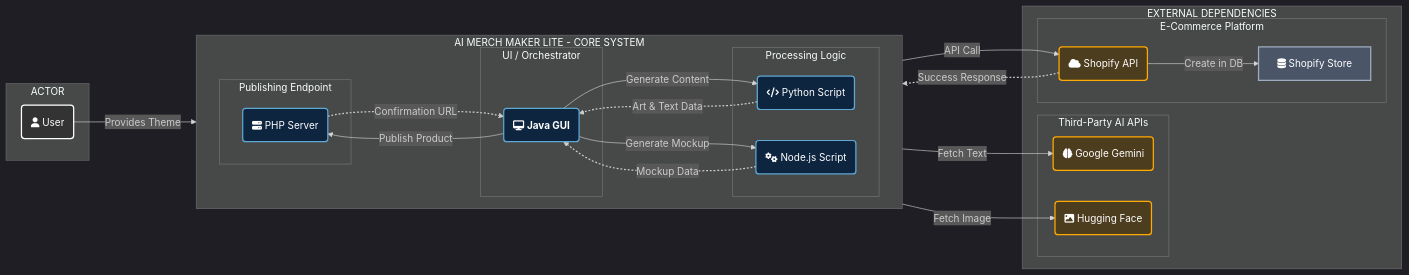
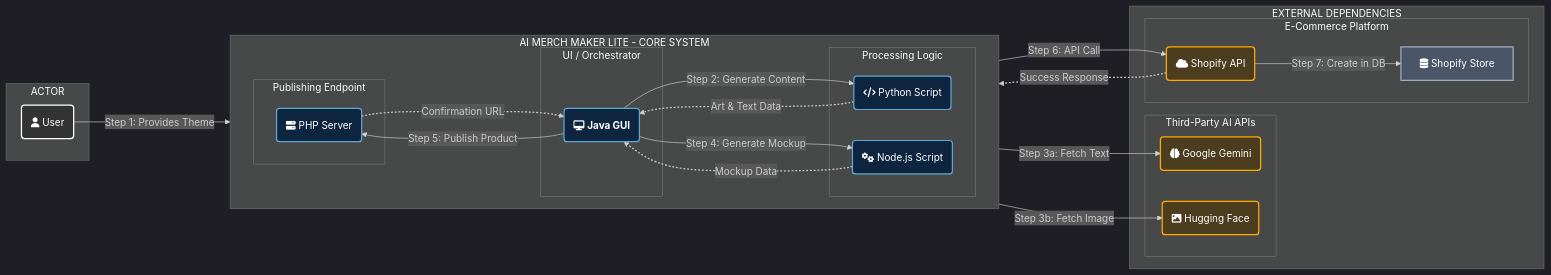
The diagram in README.md (Shashank-1K/AI_Merch_Maker_Lite), drawn with Mermaid before and after one commit.

````diff
--- a/README.md
+++ b/README.md
@@ -19,67 +19,67 @@
 ```mermaid
 %%{init: { 'theme': 'dark' } }%%
 graph LR
     %% --- 1. Style Definitions for High-Contrast Dark Mode ---
     classDef coreSystem fill:#0d253f,stroke:#5fa8d3,stroke-width:2px,color:#fff
     classDef userStyle fill:#333,stroke:#fff,stroke-width:2px,color:#fff
     classDef externalApi fill:#4d3d1f,stroke:#ffaa00,stroke-width:2px,color:#fff
     classDef datastore fill:#4a5568,stroke:#a0aec0,stroke-width:2px,color:#fff
     
     %% --- 2. Node & Subgraph Definitions in Logical Lanes ---
     subgraph "ACTOR"
         User("fa:fa-user User")
     end
 
     subgraph "AI MERCH MAKER LITE - CORE SYSTEM"
         direction LR
         subgraph "UI / Orchestrator"
             A("fa:fa-desktop <b>Java GUI</b>")
         end
         subgraph "Processing Logic"
             B("fa:fa-code Python Script")
             C("fa:fa-cogs Node.js Script")
         end
         subgraph "Publishing Endpoint"
             E("fa:fa-server PHP Server")
         end
     end
 
     subgraph "EXTERNAL DEPENDENCIES"
         subgraph "Third-Party AI APIs"
             D1("fa:fa-brain Google Gemini")
             D2("fa:fa-image Hugging Face")
         end
         subgraph "E-Commerce Platform"
             F("fa:fa-cloud Shopify API")
             G["fa:fa-database Shopify Store"]
         end
     end
 
     %% --- 3. Workflow Connections ---
-    User -- "Provides Theme" --> A
+    User -- "Step 1: Provides Theme" --> A
     
-    A -- "Generate Content" --> B
-    B -- "Fetch Text" --> D1
-    B -- "Fetch Image" --> D2
+    A -- "Step 2: Generate Content" --> B
+    B -- "Step 3a: Fetch Text" --> D1
+    B -- "Step 3b: Fetch Image" --> D2
     
-    A -- "Generate Mockup" --> C
+    A -- "Step 4: Generate Mockup" --> C
 
-    A -- "Publish Product" --> E
-    E -- "API Call" --> F
-    F -- "Create in DB" --> G
+    A -- "Step 5: Publish Product" --> E
+    E -- "Step 6: API Call" --> F
+    F -- "Step 7: Create in DB" --> G
 
     %% --- Data Return Path (Un-numbered) ---
     B -.-> |"Art & Text Data"| A
     C -.-> |"Mockup Data"| A
     F -.-> |"Success Response"| E
     E -.-> |"Confirmation URL"| A
 
     %% --- 4. Style Assignments ---
     class User userStyle
     class A,B,C,E coreSystem
     class D1,D2,F externalApi
     class G datastore
     
     %% --- 5. Link Style for Return Path ---
     linkStyle 8,9,10,11 stroke:#ccc,stroke-width:2px,stroke-dasharray:3 3
 ```
````
